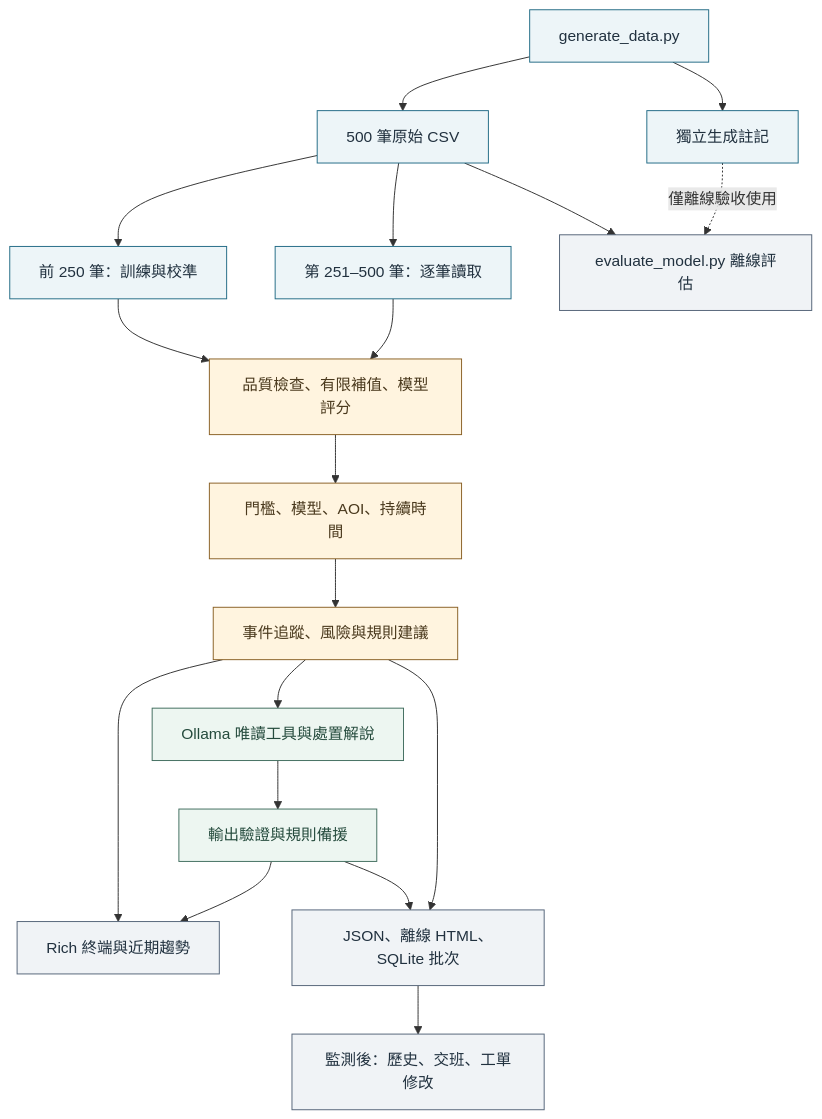
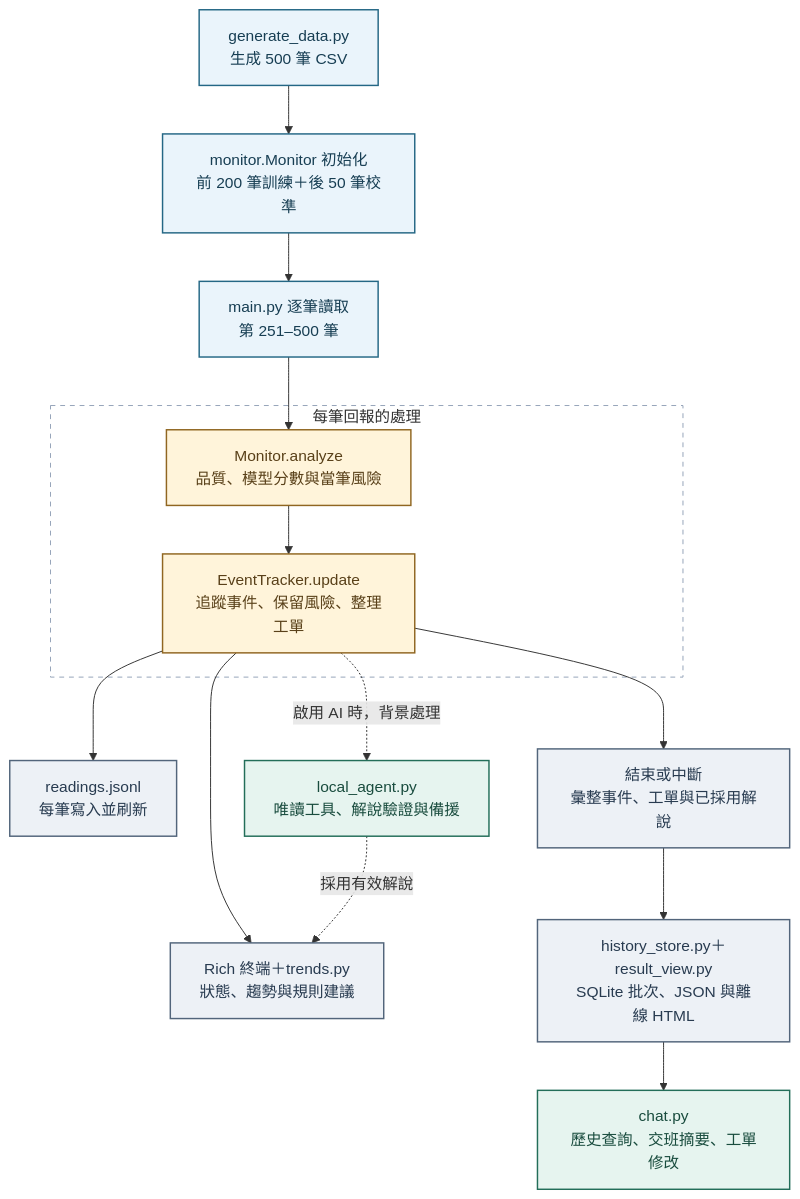
Before and after one commit to alanhsu0531/-Pegatron-Smart-Factory-Alert-Agent: the first of 4 diagrams in README.md, drawn with Mermaid. The commit also changed other lines of this file, not shown here.

Commit message:
docs: clarify system architecture with README flowcharts

````diff
--- a/README.md
+++ b/README.md
@@ -210,28 +223,29 @@
 ```mermaid
 flowchart TD
-    G[generate_data.py] --> C[500 筆原始 CSV]
-    G --> M[獨立生成註記]
-    C --> I[前 250 筆：訓練與校準]
-    C --> S[第 251–500 筆：逐筆讀取]
-    I --> D[品質檢查、有限補值、模型評分]
-    S --> D
-    D --> R[門檻、模型、AOI、持續時間]
-    R --> E[事件追蹤、風險與規則建議]
-    E --> T[Rich 終端與近期趨勢]
-    E --> L[Ollama 唯讀工具與處置解說]
-    L --> V[輸出驗證與規則備援]
-    V --> T
-    E --> O[JSON、離線 HTML、SQLite 批次]
-    V --> O
-    O --> Q[監測後：歷史、交班、工單修改]
-    C --> A[evaluate_model.py 離線評估]
-    M -. 僅離線驗收使用 .-> A
-    classDef source fill:#edf5f8,stroke:#236c86,color:#21313f
-    classDef decision fill:#fff4df,stroke:#8a6126,color:#4a391d
-    classDef localAI fill:#edf6f1,stroke:#426e5f,color:#254b3d
-    classDef record fill:#f0f3f6,stroke:#556579,color:#21313f
-    class G,C,M,I,S source
-    class D,R,E decision
-    class L,V localAI
-    class T,O,Q,A record
+    accTitle: 系統資料流與模組分工
+    accDescr: 先使用前250筆建立模型，再逐筆監測後250筆；終端與逐筆紀錄即時更新，批次結果在結束或中斷時保存。
+    G["generate_data.py<br/>生成 500 筆 CSV"] --> I["monitor.Monitor 初始化<br/>前 200 筆訓練＋後 50 筆校準"]
+    I --> R["main.py 逐筆讀取<br/>第 251–500 筆"]
+    subgraph LIVE["每筆回報的處理"]
+        D["Monitor.analyze<br/>品質、模型分數與當筆風險"]
+        E["EventTracker.update<br/>追蹤事件、保留風險、整理工單"]
+        D --> E
+    end
+    R --> D
+    E --> T["Rich 終端＋trends.py<br/>狀態、趨勢與規則建議"]
+    E --> J["readings.jsonl<br/>每筆寫入並刷新"]
+    E -. "啟用 AI 時，背景處理" .-> A["local_agent.py<br/>唯讀工具、解說驗證與備援"]
+    A -. "採用有效解說" .-> T
+    E --> F["結束或中斷<br/>彙整事件、工單與已採用解說"]
+    F --> O["history_store.py＋result_view.py<br/>SQLite 批次、JSON 與離線 HTML"]
+    O --> C["chat.py<br/>歷史查詢、交班摘要、工單修改"]
+    classDef data fill:#eaf4fb,stroke:#246785,color:#173e53,stroke-width:1.5px
+    classDef decision fill:#fff4da,stroke:#906621,color:#594019,stroke-width:1.5px
+    classDef ai fill:#e6f4ef,stroke:#236e59,color:#194c3e,stroke-width:1.5px
+    classDef record fill:#edf1f6,stroke:#52657b,color:#283b50,stroke-width:1.5px
+    class G,I,R data
+    class D,E decision
+    class A,C ai
+    class T,J,F,O record
+    style LIVE fill:none,stroke:#94a3b8,stroke-dasharray:5 5
 ```
````
